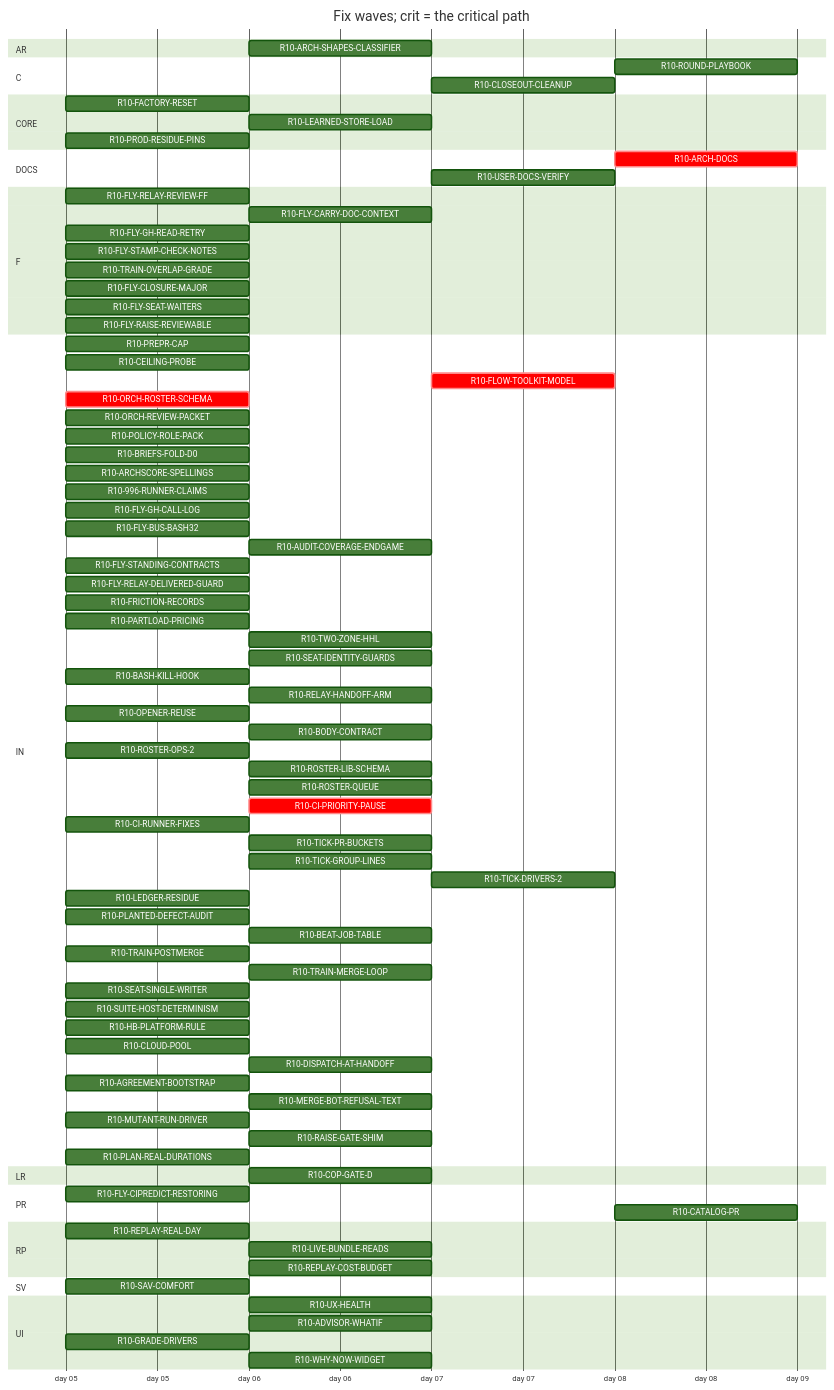
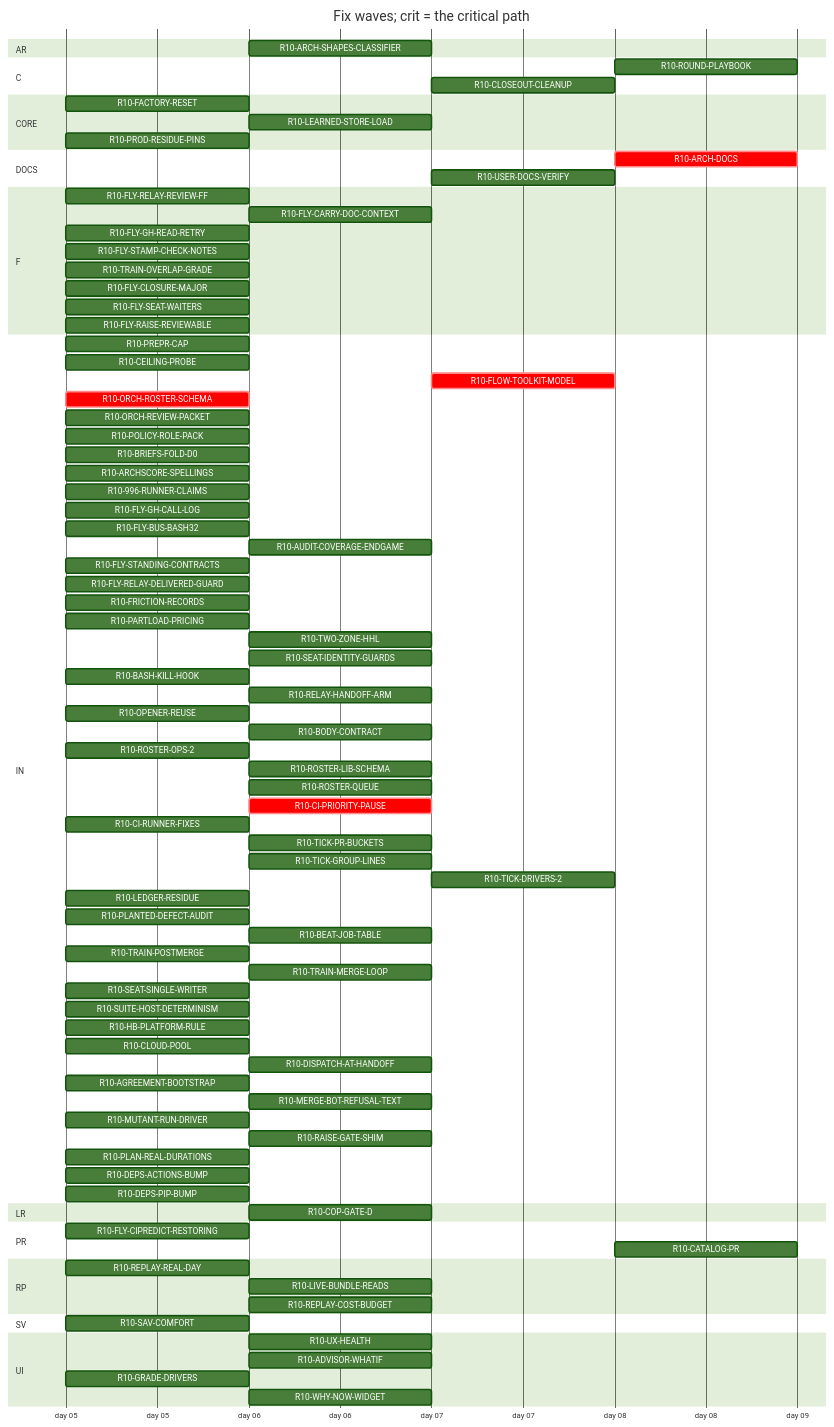
The diagram in handoff/round10/state/PLAN-TABLE.md (tvofi/heatpump_optimizer), drawn with Mermaid (forest theme) before and after one commit. The commit also changed other lines of this file and 4 other files, not shown here.

Commit message:
state: FLOW-BOARD.md, NEXT-SESSION-PROMPT.md, PLAN-TABLE.md, PLAN.html, RESUME-CURRENT.md regenerated (state_docs.py)

```diff
--- a/handoff/round10/state/PLAN-TABLE.md
+++ b/handoff/round10/state/PLAN-TABLE.md
@@ -93,6 +93,8 @@
     R10-MUTANT-RUN-DRIVER :r10MUTANTRUNDRIVER, 2026-01-05, 1d
     R10-RAISE-GATE-SHIM :r10RAISEGATESHIM, after r10FLYGHCALLLOG, 1d
     R10-PLAN-REAL-DURATIONS :r10PLANREALDURATIONS, 2026-01-05, 1d
+    R10-DEPS-ACTIONS-BUMP :r10DEPSACTIONSBUMP, 2026-01-05, 1d
+    R10-DEPS-PIP-BUMP :r10DEPSPIPBUMP, 2026-01-05, 1d
   section LR
     R10-COP-GATE-D :r10COPGATED, after r10CEILINGPROBE, 1d
   section PR
```
